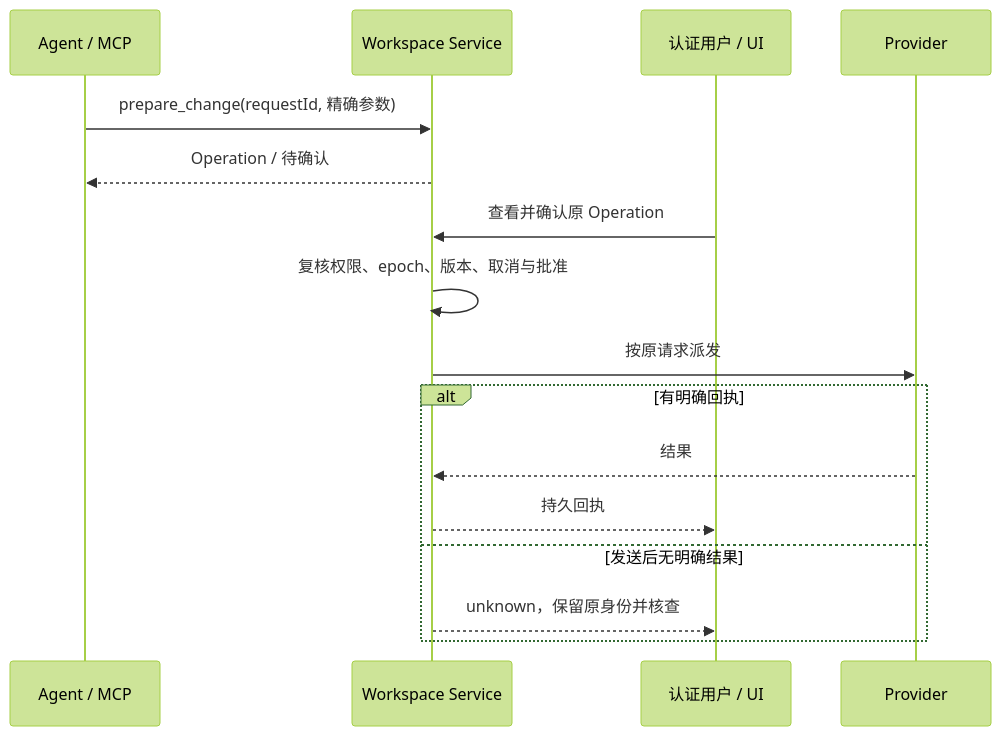
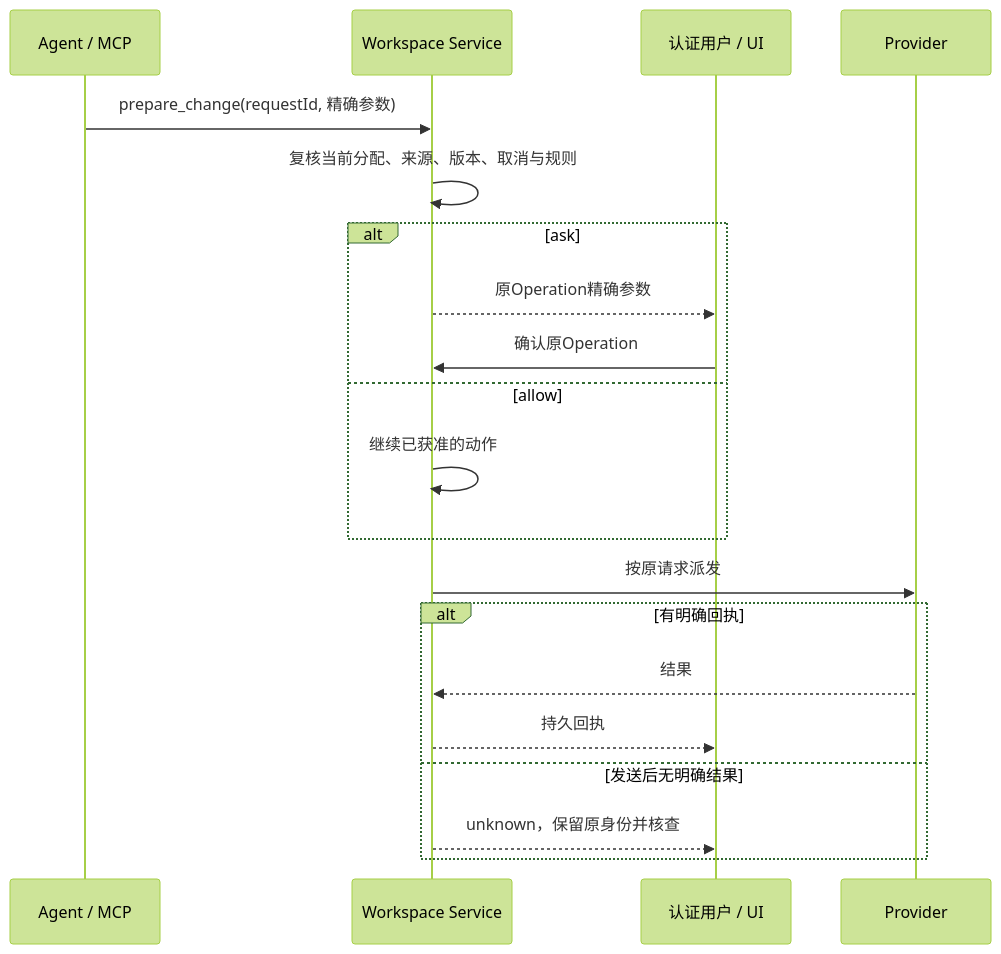
One commit to zhper-liang/pi-dots changed the second of 2 diagrams in docs/architecture/system-overview.md. Above: the diagram before and after it, drawn with Mermaid (forest theme). The commit also changed other lines of this file and 167 other files, not shown here.

````diff
--- a/docs/architecture/system-overview.md
+++ b/docs/architecture/system-overview.md
@@ -27,18 +34,22 @@
 ```mermaid
 sequenceDiagram
     participant Agent as Agent / MCP
     participant S as Workspace Service
     participant U as 认证用户 / UI
     participant P as Provider
     Agent->>S: prepare_change(requestId, 精确参数)
-    S-->>Agent: Operation / 待确认
-    U->>S: 查看并确认原 Operation
-    S->>S: 复核权限、epoch、版本、取消与批准
+    S->>S: 复核当前分配、来源、版本、取消与规则
+    alt ask
+        S-->>U: 原Operation精确参数
+        U->>S: 确认原Operation
+    else allow
+        S->>S: 继续已获准的动作
+    end
     S->>P: 按原请求派发
     alt 有明确回执
         P-->>S: 结果
         S-->>U: 持久回执
     else 发送后无明确结果
         S-->>U: unknown，保留原身份并核查
     end
 ```
````
